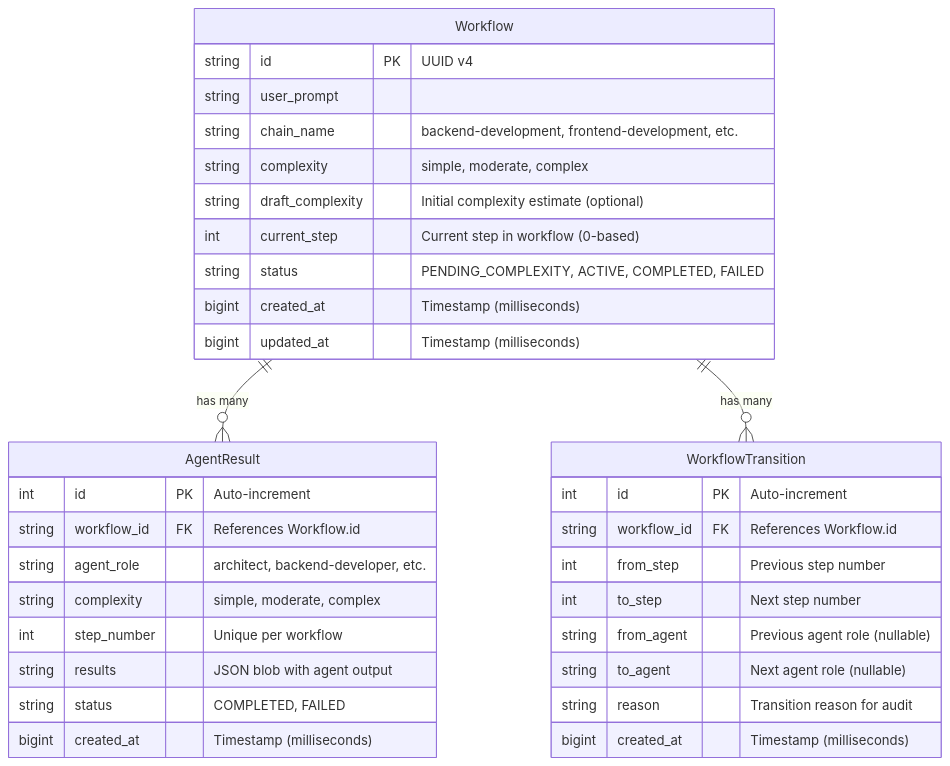
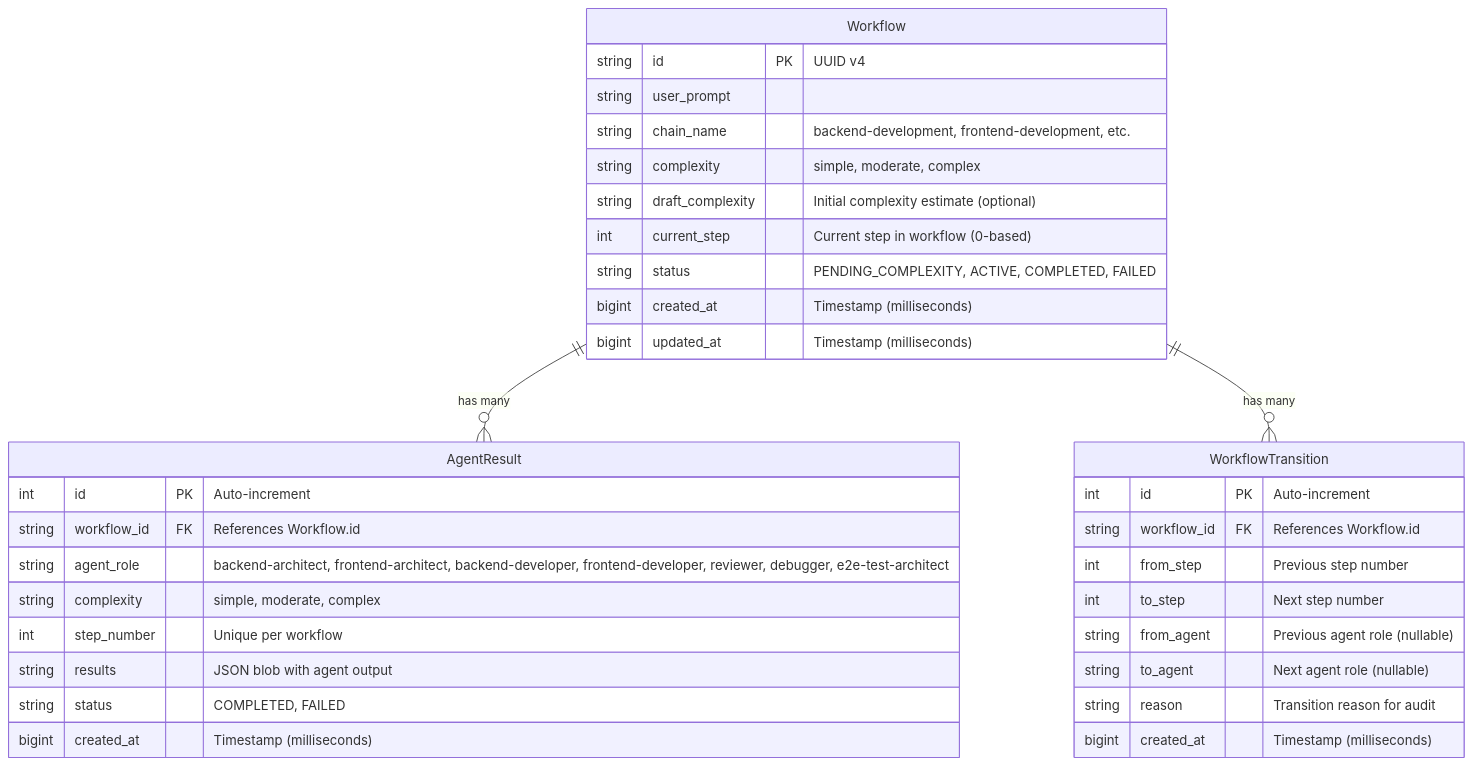
The diagram in docs/database.md (drevispas/ccorch), drawn with Mermaid before and after one commit. The commit also changed other lines of this file and 4 other files, not shown here.

First line of the commit message:
docs: clarify architect role references as backend-architect or frontend-architect

````diff
--- a/docs/database.md
+++ b/docs/database.md
@@ -24,39 +24,39 @@
 ```mermaid
 erDiagram
     Workflow ||--o{ AgentResult : "has many"
     Workflow ||--o{ WorkflowTransition : "has many"
 
     Workflow {
         string id PK "UUID v4"
         string user_prompt
         string chain_name "backend-development, frontend-development, etc."
         string complexity "simple, moderate, complex"
         string draft_complexity "Initial complexity estimate (optional)"
         int current_step "Current step in workflow (0-based)"
         string status "PENDING_COMPLEXITY, ACTIVE, COMPLETED, FAILED"
         bigint created_at "Timestamp (milliseconds)"
         bigint updated_at "Timestamp (milliseconds)"
     }
 
     AgentResult {
         int id PK "Auto-increment"
         string workflow_id FK "References Workflow.id"
-        string agent_role "architect, backend-developer, etc."
+        string agent_role "backend-architect, frontend-architect, backend-developer, frontend-developer, reviewer, debugger, e2e-test-architect"
         string complexity "simple, moderate, complex"
         int step_number "Unique per workflow"
         string results "JSON blob with agent output"
         string status "COMPLETED, FAILED"
         bigint created_at "Timestamp (milliseconds)"
     }
 
     WorkflowTransition {
         int id PK "Auto-increment"
         string workflow_id FK "References Workflow.id"
         int from_step "Previous step number"
         int to_step "Next step number"
         string from_agent "Previous agent role (nullable)"
         string to_agent "Next agent role (nullable)"
         string reason "Transition reason for audit"
         bigint created_at "Timestamp (milliseconds)"
     }
 ```
````
